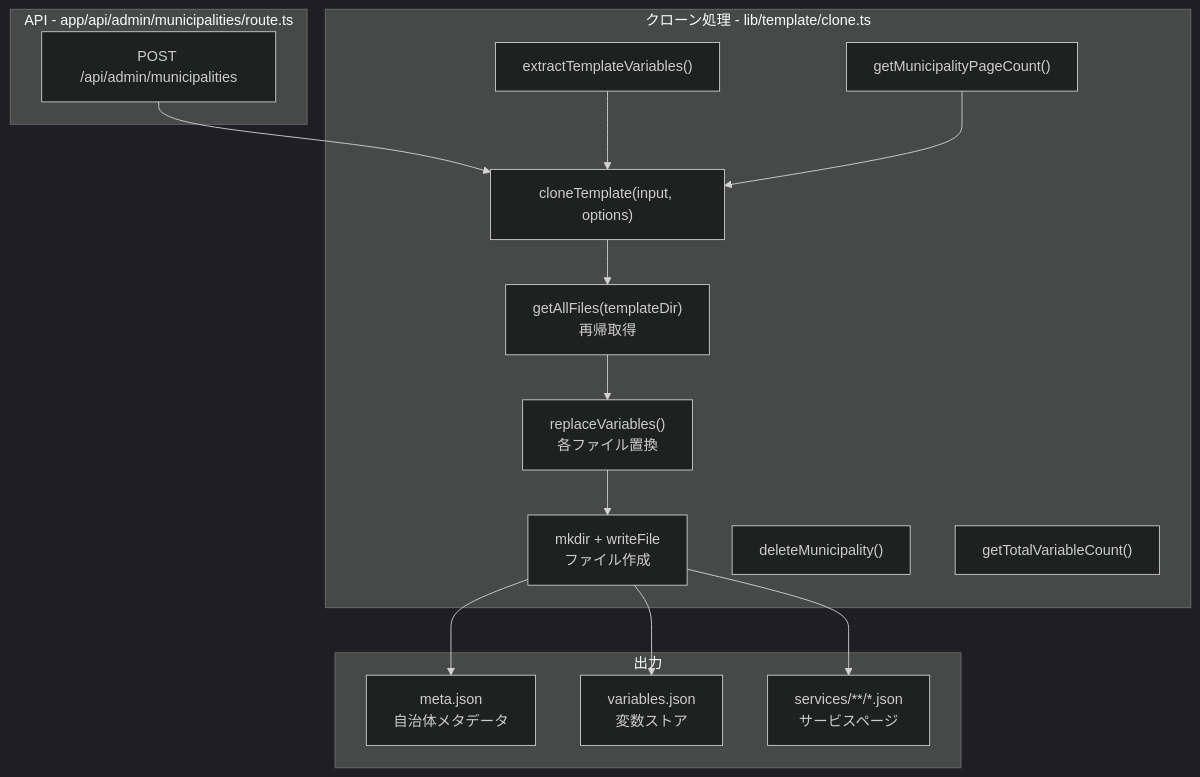
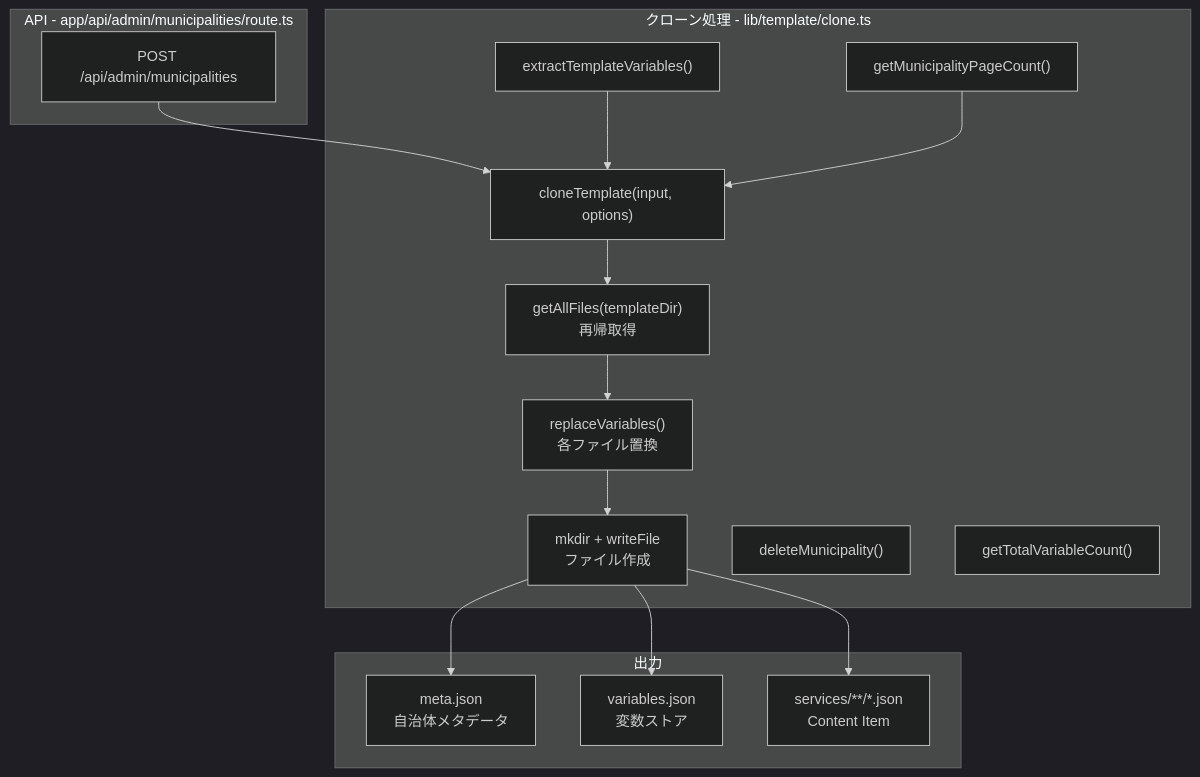
Before and after one commit to TakuO-gu/INNOMA: diagram 13 of 21 in docs/architecture/INNOMA_FlowChart.md, drawn with Mermaid (dark theme). The commit also changed other lines of this file and 3952 other files, not shown here.

````diff
--- a/docs/architecture/INNOMA_FlowChart.md
+++ b/docs/architecture/INNOMA_FlowChart.md
@@ -457,33 +567,33 @@
 ```mermaid
 flowchart TD
     subgraph API["API - app/api/admin/municipalities/route.ts"]
         A1["POST /api/admin/municipalities"]
     end
 
     subgraph Clone["クローン処理 - lib/template/clone.ts"]
         C1["cloneTemplate(input, options)"]
         C2["getAllFiles(templateDir)<br/>再帰取得"]
         C3["replaceVariables()<br/>各ファイル置換"]
         C4["mkdir + writeFile<br/>ファイル作成"]
         C5["extractTemplateVariables()"]
         C6["getMunicipalityPageCount()"]
         C7["deleteMunicipality()"]
         C8["getTotalVariableCount()"]
     end
 
     subgraph Output["出力"]
         O1["meta.json<br/>自治体メタデータ"]
         O2["variables.json<br/>変数ストア"]
-        O3["services/**/*.json<br/>サービスページ"]
+        O3["services/**/*.json<br/>Content Item"]
     end
 
     A1 --> C1
     C1 --> C2
     C2 --> C3
     C3 --> C4
     C4 --> O1
     C4 --> O2
     C4 --> O3
     C5 --> C1
     C6 --> C1
 ```
````
